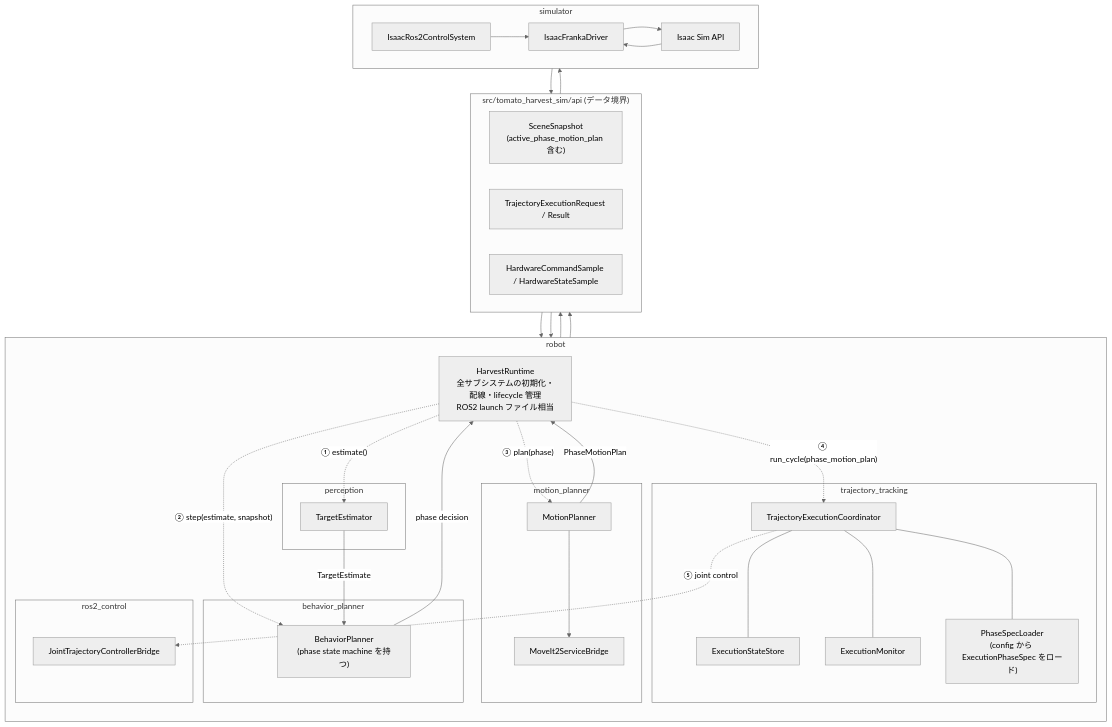
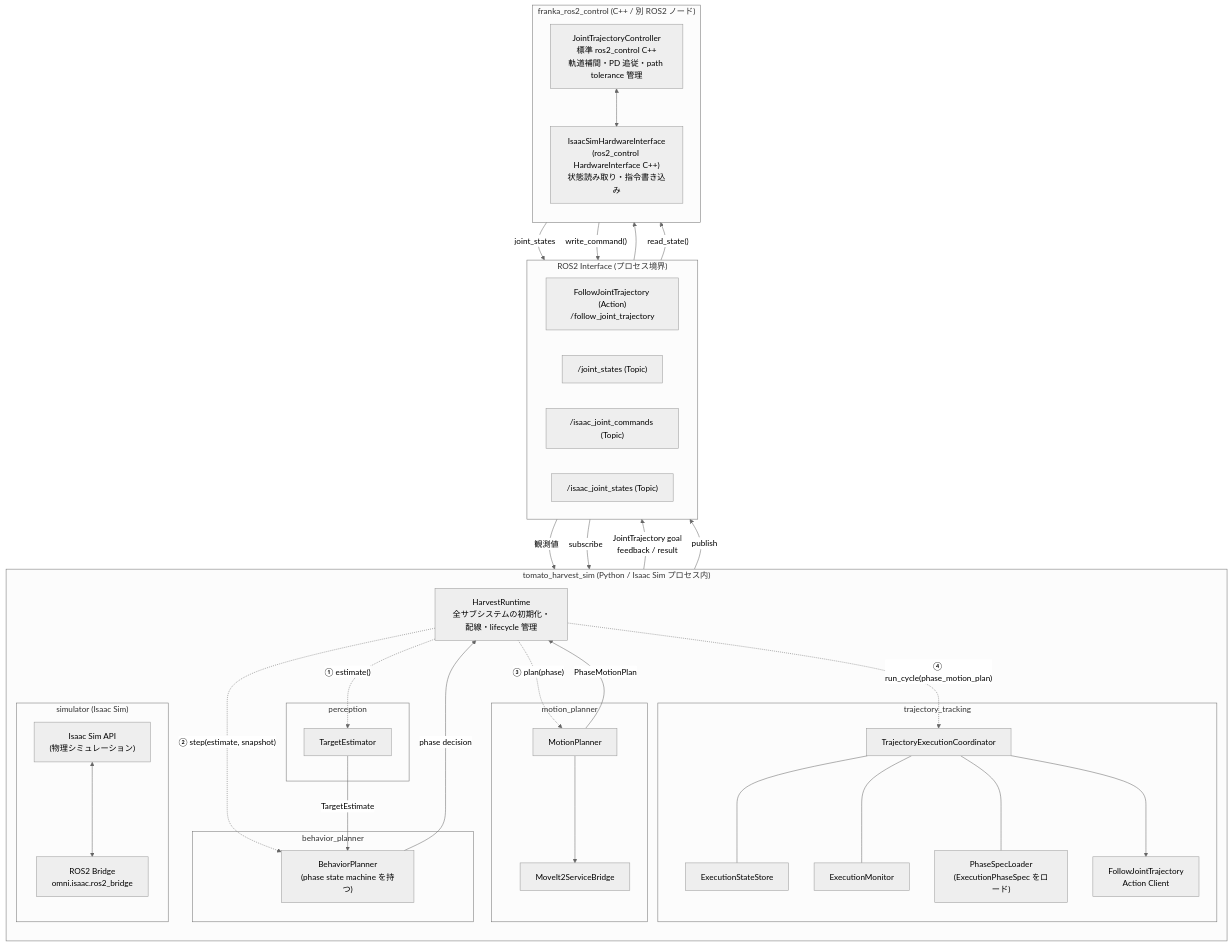
One commit to akodama428/trial_issac_sim changed the first of 2 diagrams in src/tomato_harvest_sim/robot/docs/CENTRALIZED_PHASE_EXECUTION_POLICY.md. Above: the diagram before and after it, drawn with Mermaid (neutral theme). The commit also changed other lines of this file and 25 other files, not shown here.

````diff
--- a/src/tomato_harvest_sim/robot/docs/CENTRALIZED_PHASE_EXECUTION_POLICY.md
+++ b/src/tomato_harvest_sim/robot/docs/CENTRALIZED_PHASE_EXECUTION_POLICY.md
@@ -73,69 +77,72 @@
 ```mermaid
 flowchart TB
-  subgraph Robot["robot"]
+  subgraph RobotPkg["tomato_harvest_sim (Python / Isaac Sim プロセス内)"]
     direction TB
 
-    R1["HarvestRuntime\n全サブシステムの初期化・配線・lifecycle 管理\nROS2 launch ファイル相当"]
+    R1["HarvestRuntime\n全サブシステムの初期化・配線・lifecycle 管理"]
 
     subgraph Perception["perception"]
       D1["TargetEstimator"]
     end
 
     subgraph Behavior["behavior_planner"]
       B1["BehaviorPlanner\n(phase state machine を持つ)"]
     end
 
     subgraph Planner["motion_planner"]
       P1["MotionPlanner"]
       P2["MoveIt2ServiceBridge"]
     end
 
     subgraph Tracking["trajectory_tracking"]
       T1["TrajectoryExecutionCoordinator"]
       T2["ExecutionStateStore"]
       T3["ExecutionMonitor"]
-      T4["PhaseSpecLoader\n(config から ExecutionPhaseSpec をロード)"]
+      T4["PhaseSpecLoader\n(ExecutionPhaseSpec をロード)"]
+      T5["FollowJointTrajectory\nAction Client"]
     end
 
-    subgraph Control["ros2_control"]
-      C1["JointTrajectoryControllerBridge"]
+    subgraph IsaacSim["simulator (Isaac Sim)"]
+      IS1["Isaac Sim API\n(物理シミュレーション)"]
+      IS2["ROS2 Bridge\nomni.isaac.ros2_bridge"]
     end
 
     R1 -. "① estimate()" .-> D1
     R1 -. "② step(estimate, snapshot)" .-> B1
     R1 -. "③ plan(phase)" .-> P1
     R1 -. "④ run_cycle(phase_motion_plan)" .-> T1
     D1 -- "TargetEstimate" --> B1
     B1 -- "phase decision" --> R1
     P1 --> P2
     P1 -- "PhaseMotionPlan" --> R1
-    T1 -. "⑤ joint control" .-> C1
     T1 --- T2
     T1 --- T3
     T1 --- T4
+    T1 --> T5
+    IS1 <--> IS2
   end
 
-  subgraph Boundary["src/tomato_harvest_sim/api (データ境界)"]
+  subgraph ROS2IF["ROS2 Interface (プロセス境界)"]
     direction LR
-    A1["SceneSnapshot\n(active_phase_motion_plan 含む)"]
-    A5["TrajectoryExecutionRequest / Result"]
-    A6["HardwareCommandSample / HardwareStateSample"]
+    AC["FollowJointTrajectory (Action)\n/follow_joint_trajectory"]
+    JS["/joint_states (Topic)"]
+    CMD["/isaac_joint_commands (Topic)"]
+    ISS["/isaac_joint_states (Topic)"]
   end
 
-  subgraph Simulation["simulator"]
-    direction LR
-    S1["IsaacRos2ControlSystem"]
-    S2["IsaacFrankaDriver"]
-    S3["Isaac Sim API"]
+  subgraph CtrlPkg["franka_ros2_control (C++ / 別 ROS2 ノード)"]
+    direction TB
+    C1["JointTrajectoryController\n標準 ros2_control C++\n軌道補間・PD 追従・path tolerance 管理"]
+    C2["IsaacSimHardwareInterface\n(ros2_control HardwareInterface C++)\n状態読み取り・指令書き込み"]
+    C1 <--> C2
   end
 
-  A1 --> R1
-  T1 --> A5
-  A5 --> C1
-  C1 --> A6
-  A6 --> S1
-  S1 --> S2
-  S2 --> S3
-  S3 --> S2
-  S1 --> A6
+  T5 -->|"JointTrajectory goal\nfeedback / result"| AC
+  AC --> C1
+  C2 -->|"joint_states"| JS
+  JS -->|"観測値"| T1
+  IS2 -->|"publish"| ISS
+  ISS -->|"read_state()"| C2
+  C2 -->|"write_command()"| CMD
+  CMD -->|"subscribe"| IS2
 ```
````
